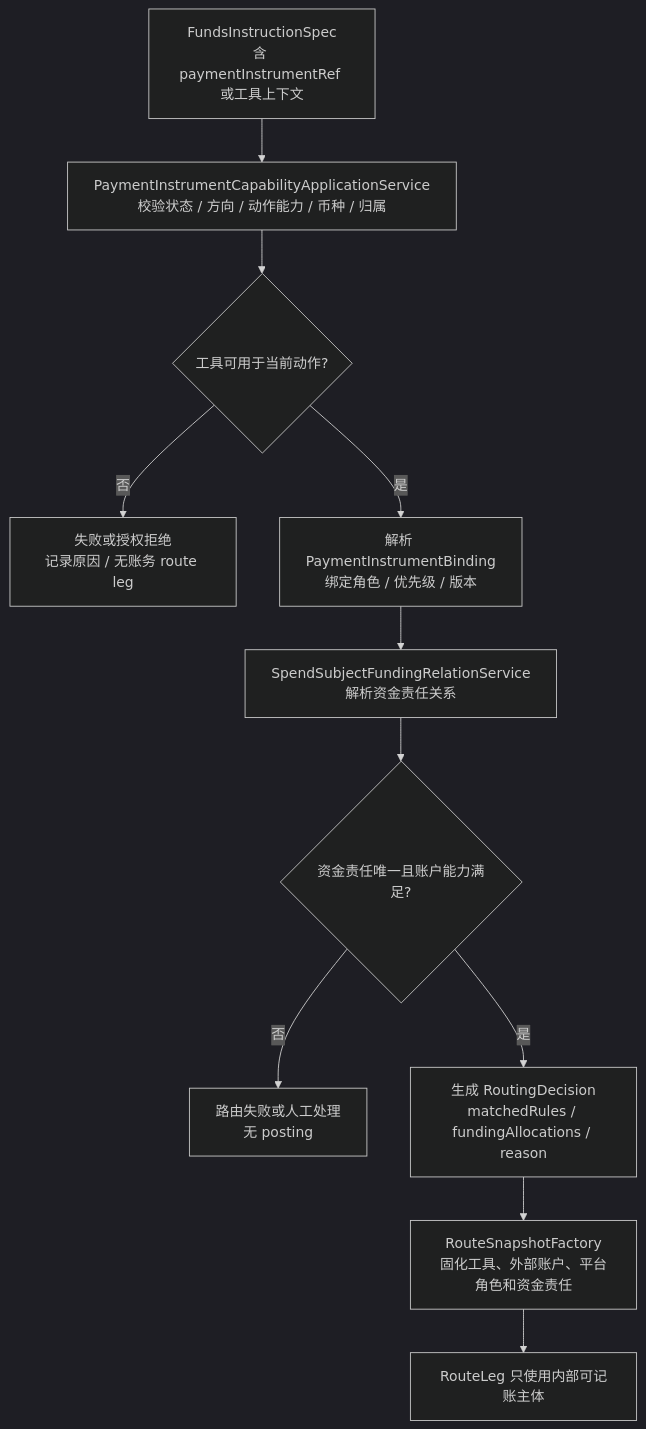
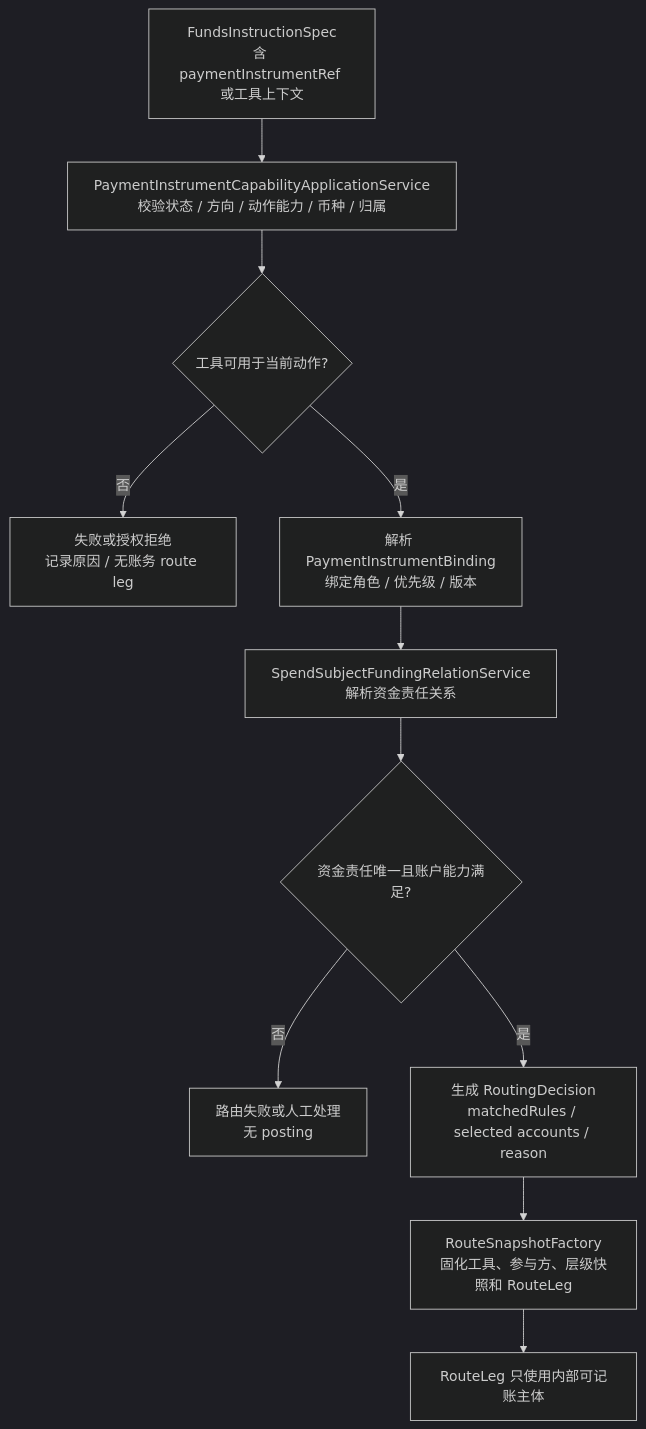
Before and after one commit to fengwuxp/wind-funds: diagram 12 of 17 in docs/系分设计/02-交易路由钱包账目与投影系分设计.md, drawn with Mermaid (dark theme). The commit also changed other lines of this file and 78 other files, not shown here.

````diff
--- a/docs/系分设计/02-交易路由钱包账目与投影系分设计.md
+++ b/docs/系分设计/02-交易路由钱包账目与投影系分设计.md
@@ -875,13 +873,13 @@
 ```mermaid
 flowchart TD
     A["FundsInstructionSpec\n含 paymentInstrumentRef 或工具上下文"] --> B["PaymentInstrumentCapabilityApplicationService\n校验状态 / 方向 / 动作能力 / 币种 / 归属"]
     B --> C{"工具可用于当前动作?"}
     C -- "否" --> D["失败或授权拒绝\n记录原因 / 无账务 route leg"]
     C -- "是" --> E["解析 PaymentInstrumentBinding\n绑定角色 / 优先级 / 版本"]
     E --> F["SpendSubjectFundingRelationService\n解析资金责任关系"]
     F --> G{"资金责任唯一且账户能力满足?"}
     G -- "否" --> H["路由失败或人工处理\n无 posting"]
-    G -- "是" --> I["生成 RoutingDecision\nmatchedRules / fundingAllocations / reason"]
-    I --> J["RouteSnapshotFactory\n固化工具、外部账户、平台角色和资金责任"]
+    G -- "是" --> I["生成 RoutingDecision\nmatchedRules / selected accounts / reason"]
+    I --> J["RouteSnapshotFactory\n固化工具、参与方、层级快照和 RouteLeg"]
     J --> K["RouteLeg 只使用内部可记账主体"]
 ```
````
